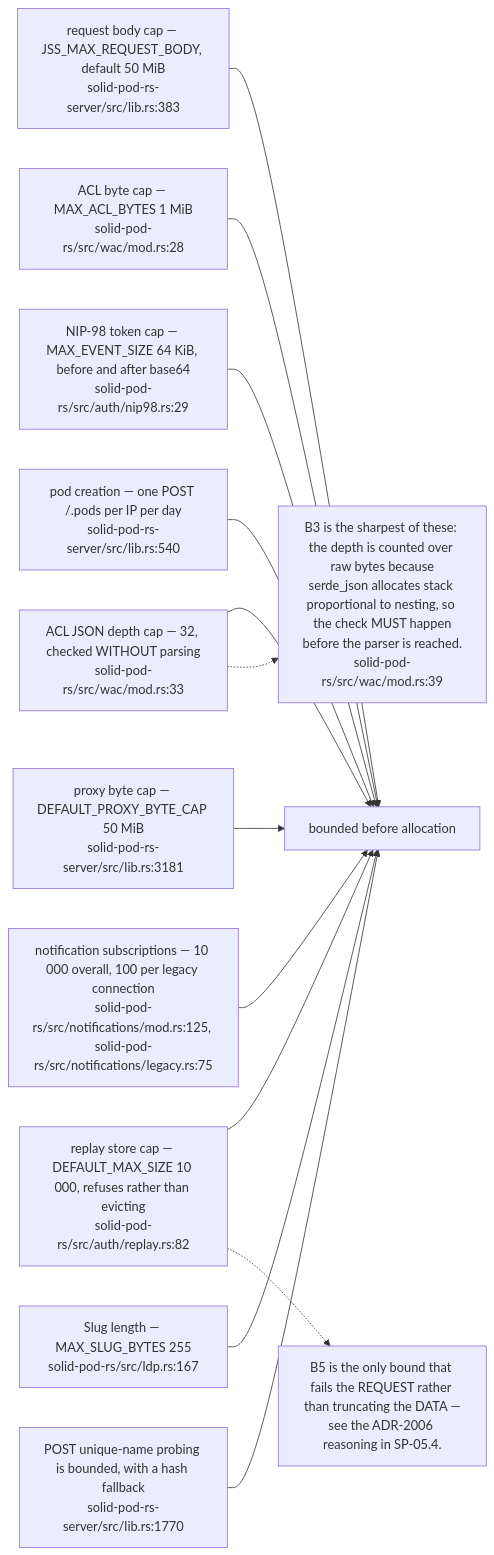
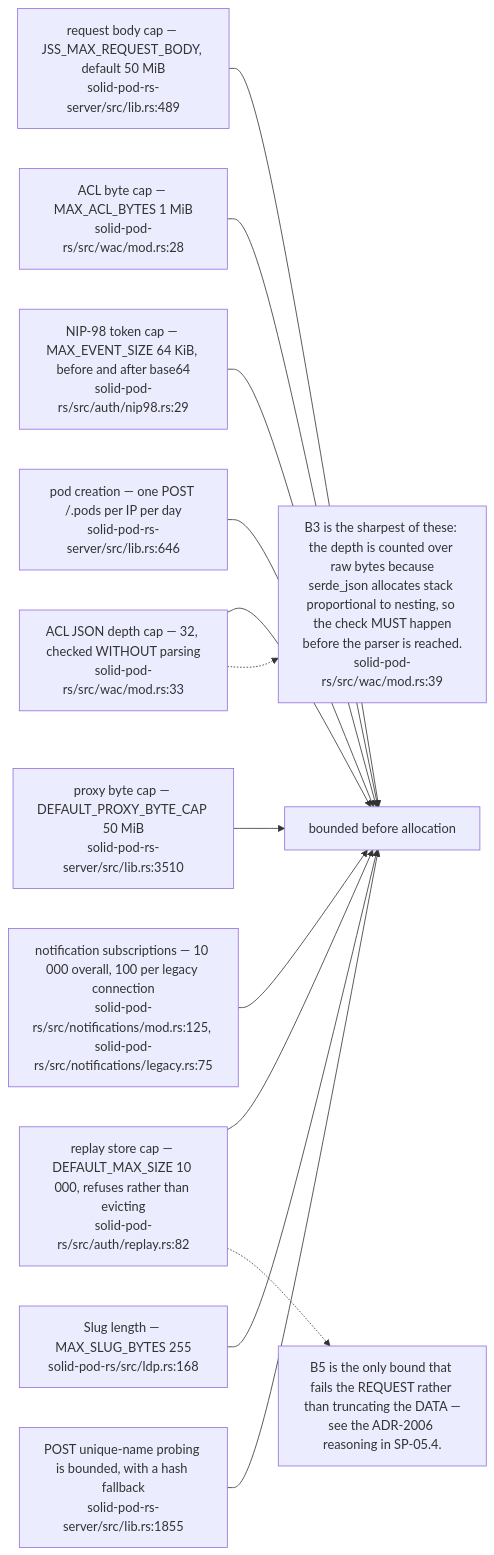
Before and after one commit to DreamLab-AI/VisionFlow: the tenth of 12 diagrams in docs/diagrams/solid-pod-rs/10-failure-modes-and-invariants.md, drawn with Mermaid. The commit also changed other lines of this file and 59 other files, not shown here.

First line of the commit message:
docs(diagrams): re-derive and re-stamp forum, website, pod, ontomark and sealmap topics

````diff
--- a/docs/diagrams/solid-pod-rs/10-failure-modes-and-invariants.md
+++ b/docs/diagrams/solid-pod-rs/10-failure-modes-and-invariants.md
@@ -302,29 +302,29 @@
 ```mermaid
 flowchart LR
-    B1["request body cap — JSS_MAX_REQUEST_BODY, default 50 MiB<br/>solid-pod-rs-server/src/lib.rs:383"]
+    B1["request body cap — JSS_MAX_REQUEST_BODY, default 50 MiB<br/>solid-pod-rs-server/src/lib.rs:489"]
     B2["ACL byte cap — MAX_ACL_BYTES 1 MiB<br/>solid-pod-rs/src/wac/mod.rs:28"]
     B3["ACL JSON depth cap — 32, checked WITHOUT parsing<br/>solid-pod-rs/src/wac/mod.rs:33"]
     B4["NIP-98 token cap — MAX_EVENT_SIZE 64 KiB, before and after base64<br/>solid-pod-rs/src/auth/nip98.rs:29"]
     B5["replay store cap — DEFAULT_MAX_SIZE 10 000, refuses rather than evicting<br/>solid-pod-rs/src/auth/replay.rs:82"]
-    B6["pod creation — one POST /.pods per IP per day<br/>solid-pod-rs-server/src/lib.rs:540"]
-    B7["proxy byte cap — DEFAULT_PROXY_BYTE_CAP 50 MiB<br/>solid-pod-rs-server/src/lib.rs:3181"]
+    B6["pod creation — one POST /.pods per IP per day<br/>solid-pod-rs-server/src/lib.rs:646"]
+    B7["proxy byte cap — DEFAULT_PROXY_BYTE_CAP 50 MiB<br/>solid-pod-rs-server/src/lib.rs:3510"]
     B8["notification subscriptions — 10 000 overall, 100 per legacy connection<br/>solid-pod-rs/src/notifications/mod.rs:125, solid-pod-rs/src/notifications/legacy.rs:75"]
-    B9["Slug length — MAX_SLUG_BYTES 255<br/>solid-pod-rs/src/ldp.rs:167"]
-    B10["POST unique-name probing is bounded, with a hash fallback<br/>solid-pod-rs-server/src/lib.rs:1770"]
+    B9["Slug length — MAX_SLUG_BYTES 255<br/>solid-pod-rs/src/ldp.rs:168"]
+    B10["POST unique-name probing is bounded, with a hash fallback<br/>solid-pod-rs-server/src/lib.rs:1855"]
 
     B1 --> D["bounded before allocation"]
     B2 --> D
     B3 --> D
     B4 --> D
     B5 --> D
     B6 --> D
     B7 --> D
     B8 --> D
     B9 --> D
     B10 --> D
 
     N["B3 is the sharpest of these: the depth is counted over raw bytes because<br/>serde_json allocates stack proportional to nesting, so the check MUST happen<br/>before the parser is reached.<br/>solid-pod-rs/src/wac/mod.rs:39"]
     B3 -.-> N
     N2["B5 is the only bound that fails the REQUEST rather than truncating the DATA —<br/>see the ADR-2006 reasoning in SP-05.4."]
     B5 -.-> N2
 ```
````
